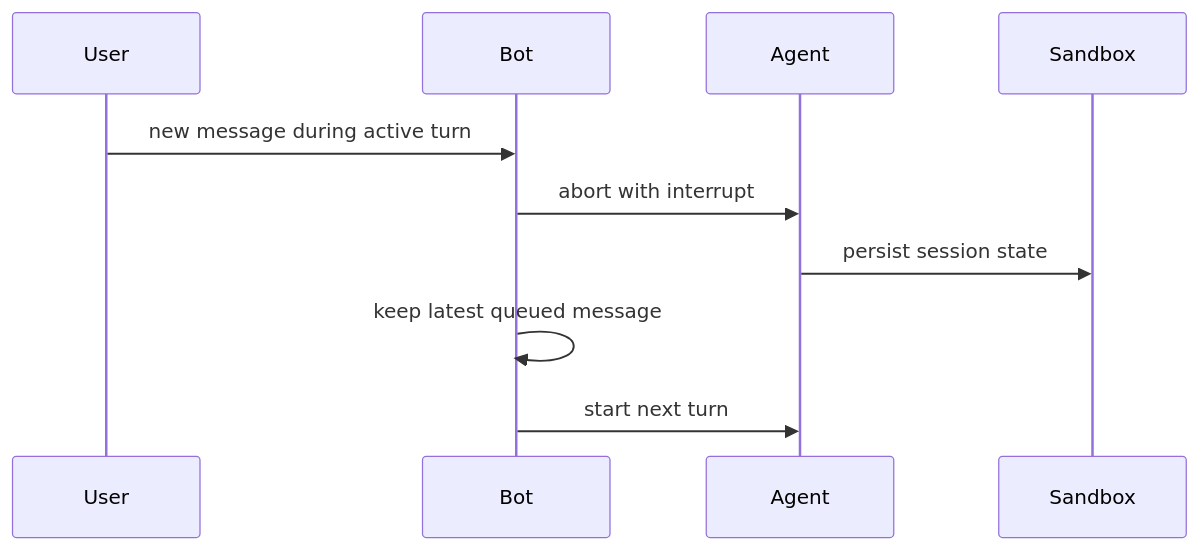
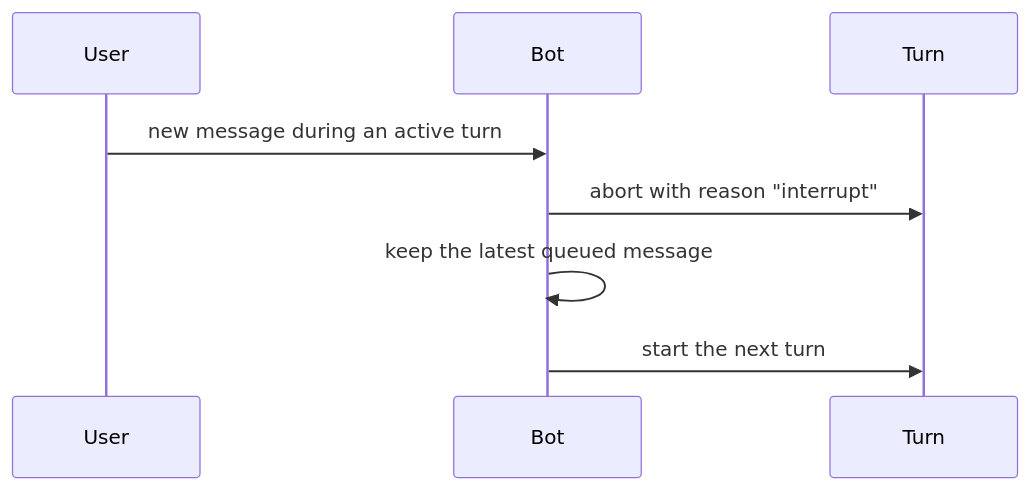
One commit to Devansh-awat/kyto changed the diagram in docs/runtime/controls.md. Above: the diagram before and after it, drawn with Mermaid. The commit also changed other lines of this file and 12 other files, not shown here.

````diff
--- a/docs/runtime/controls.md
+++ b/docs/runtime/controls.md
@@ -14,13 +16,11 @@
 ```mermaid
 sequenceDiagram
   participant User
   participant Bot
-  participant Agent
-  participant Sandbox
+  participant Turn
 
-  User->>Bot: new message during active turn
-  Bot->>Agent: abort with interrupt
-  Agent->>Sandbox: persist session state
-  Bot->>Bot: keep latest queued message
-  Bot->>Agent: start next turn
+  User->>Bot: new message during an active turn
+  Bot->>Turn: abort with reason "interrupt"
+  Bot->>Bot: keep the latest queued message
+  Bot->>Turn: start the next turn
 ```
````
